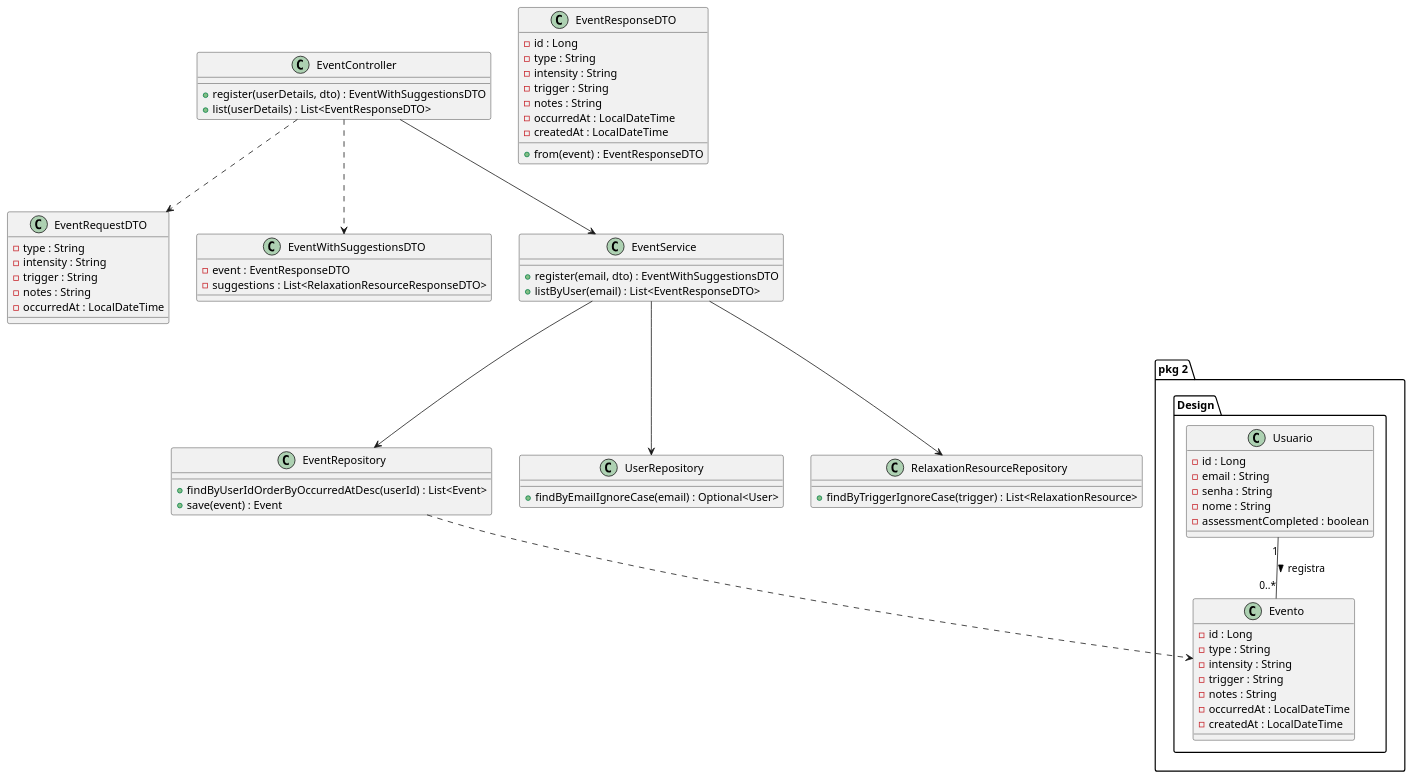
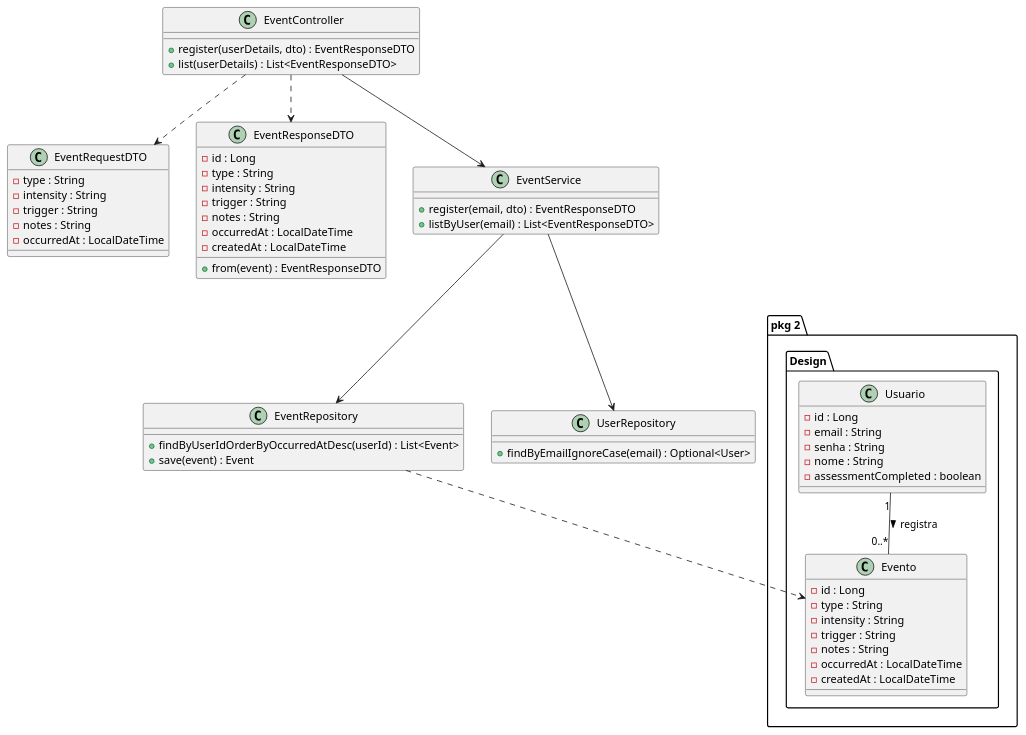
One commit to ErickHTF/0FUMO-Codebase changed the diagram in diagrams/RegistrarEventosCD.plantuml. Above: the diagram before and after it, drawn with PlantUML. The commit also changed 7 other files, not shown here.

First line of the commit message:
fix: revert POST /api/events to original EventResponseDTO response

```diff
--- a/diagrams/RegistrarEventosCD.plantuml
+++ b/diagrams/RegistrarEventosCD.plantuml
@@ -1,82 +1,72 @@
 @startuml
 
 package "pkg 2.Design" {
 
   class Usuario {
     - id : Long
     - email : String
     - senha : String
     - nome : String
     - assessmentCompleted : boolean
   }
 
   class Evento {
     - id : Long
     - type : String
     - intensity : String
     - trigger : String
     - notes : String
     - occurredAt : LocalDateTime
     - createdAt : LocalDateTime
   }
 
   Usuario "1" -- "0..*" Evento : registra >
 
 }
 
 class EventRequestDTO {
   - type : String
   - intensity : String
   - trigger : String
   - notes : String
   - occurredAt : LocalDateTime
 }
 
 class EventResponseDTO {
   - id : Long
   - type : String
   - intensity : String
   - trigger : String
   - notes : String
   - occurredAt : LocalDateTime
   - createdAt : LocalDateTime
   + from(event) : EventResponseDTO
 }
 
-class EventWithSuggestionsDTO {
-  - event : EventResponseDTO
-  - suggestions : List<RelaxationResourceResponseDTO>
-}
-
 class EventController {
-  + register(userDetails, dto) : EventWithSuggestionsDTO
+  + register(userDetails, dto) : EventResponseDTO
   + list(userDetails) : List<EventResponseDTO>
 }
 
 class EventService {
-  + register(email, dto) : EventWithSuggestionsDTO
+  + register(email, dto) : EventResponseDTO
   + listByUser(email) : List<EventResponseDTO>
 }
 
 class EventRepository {
   + findByUserIdOrderByOccurredAtDesc(userId) : List<Event>
   + save(event) : Event
 }
 
 EventController --> EventService
 EventController ..> EventRequestDTO
-EventController ..> EventWithSuggestionsDTO
+EventController ..> EventResponseDTO
 EventService --> EventRepository
 EventService --> UserRepository
-EventService --> RelaxationResourceRepository
 EventRepository ..> Evento
 
 class UserRepository {
   + findByEmailIgnoreCase(email) : Optional<User>
 }
 
-class RelaxationResourceRepository {
-  + findByTriggerIgnoreCase(trigger) : List<RelaxationResource>
-}
-
 @enduml
```
